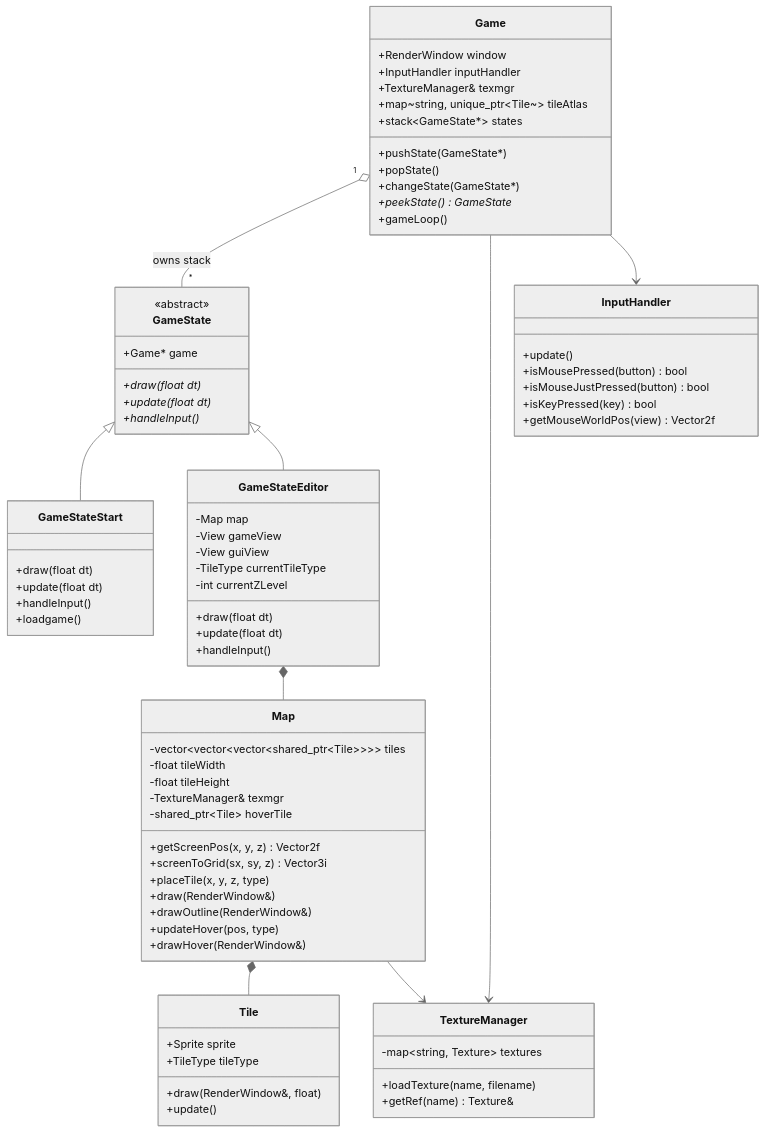
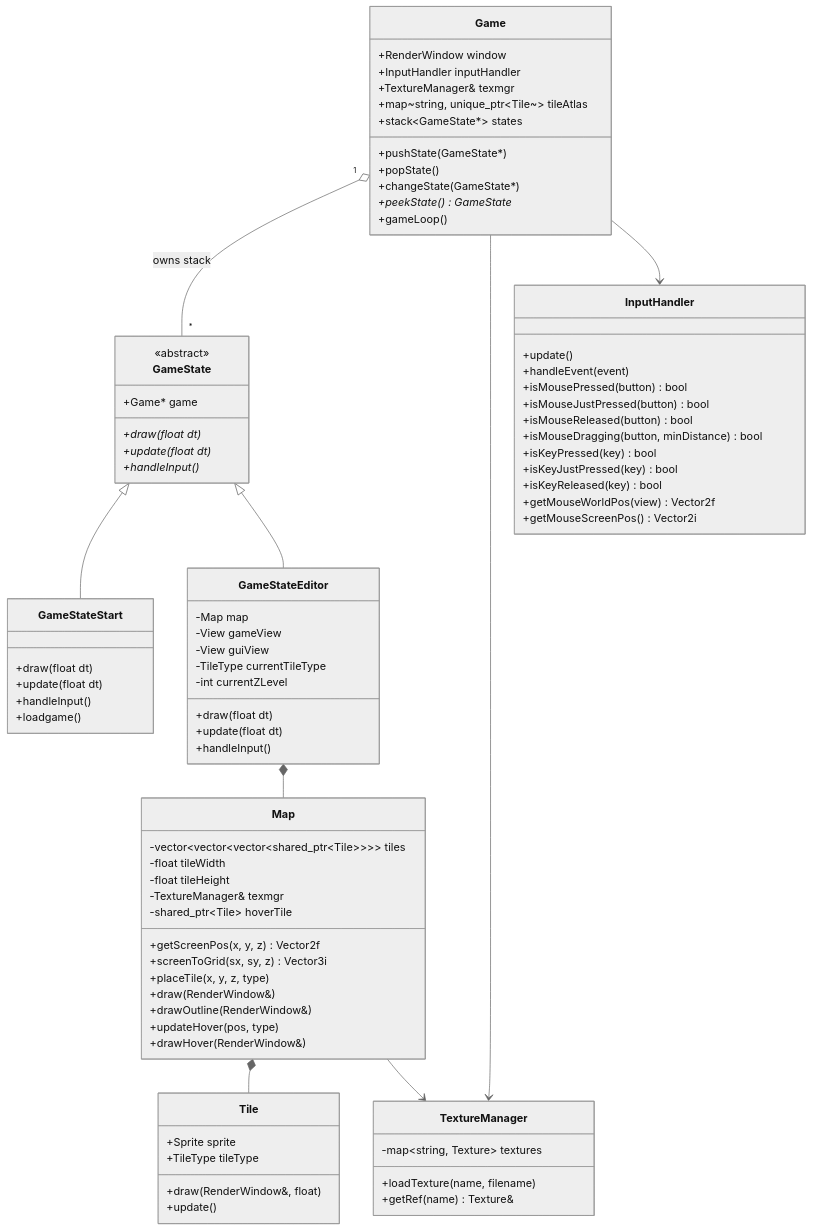
Before and after one commit to LeoMart12345/IsometricSFMLgame: the first of 5 diagrams in docs/ARCHITECTURE.md, drawn with Mermaid (neutral theme). The commit also changed other lines of this file and 10 other files, not shown here.

```diff
--- a/docs/ARCHITECTURE.md
+++ b/docs/ARCHITECTURE.md
@@ -80,10 +80,16 @@
 
     class InputHandler {
         +update()
+        +handleEvent(event)
         +isMousePressed(button) bool
         +isMouseJustPressed(button) bool
+        +isMouseReleased(button) bool
+        +isMouseDragging(button, minDistance) bool
         +isKeyPressed(key) bool
+        +isKeyJustPressed(key) bool
+        +isKeyReleased(key) bool
         +getMouseWorldPos(view) Vector2f
+        +getMouseScreenPos() Vector2i
     }
 
     Game "1" o-- "*" GameState : owns stack
```
